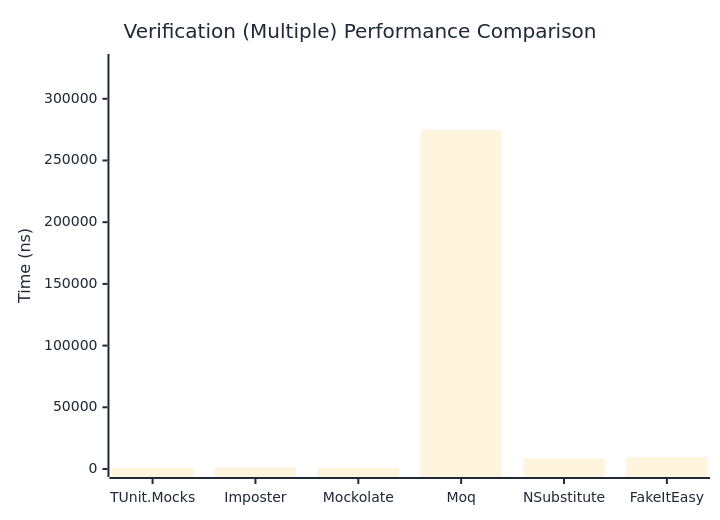
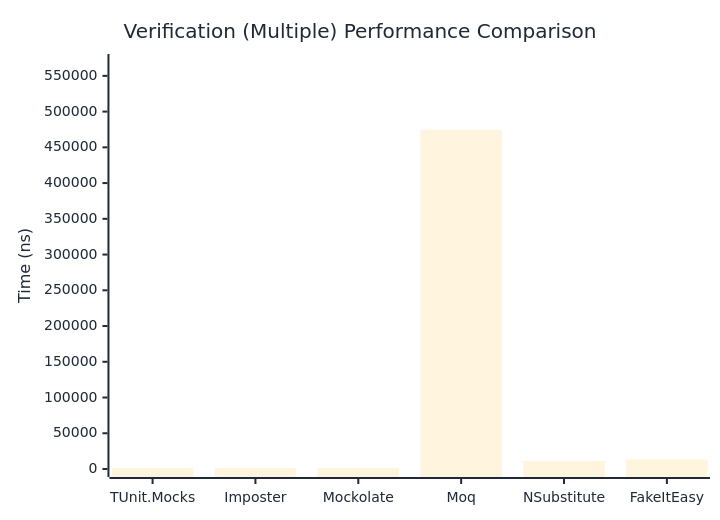
Before and after one commit to thomhurst/TUnit: the third of 3 diagrams in docs/docs/benchmarks/mocks/Verification.md, drawn with Mermaid. The commit also changed other lines of this file and 14 other files, not shown here.

````diff
--- a/docs/docs/benchmarks/mocks/Verification.md
+++ b/docs/docs/benchmarks/mocks/Verification.md
@@ -112,27 +112,27 @@
 ```mermaid
 %%{init: {
   'theme':'base',
   'themeVariables': {
     'primaryColor': '#2563eb',
     'primaryTextColor': '#1f2937',
     'primaryBorderColor': '#1e40af',
     'lineColor': '#6b7280',
     'secondaryColor': '#7c3aed',
     'tertiaryColor': '#dc2626',
     'background': '#ffffff',
     'pie1': '#2563eb',
     'pie2': '#7c3aed',
     'pie3': '#dc2626',
     'pie4': '#f59e0b',
     'pie5': '#10b981',
     'pie6': '#06b6d4',
     'pie7': '#ec4899',
     'pie8': '#6366f1'
   }
 }}%%
 xychart-beta
   title "Verification (Multiple) Performance Comparison"
   x-axis ["TUnit.Mocks", "Imposter", "Mockolate", "Moq", "NSubstitute", "FakeItEasy"]
-  y-axis "Time (ns)" 0 --> 329806
-  bar [1033.38, 1476.86, 912.25, 274837.66, 8452.37, 9379.44]
+  y-axis "Time (ns)" 0 --> 569383
+  bar [1223.85, 1703.16, 1073.57, 474485.71, 11225.44, 13351.86]
 ```
````
